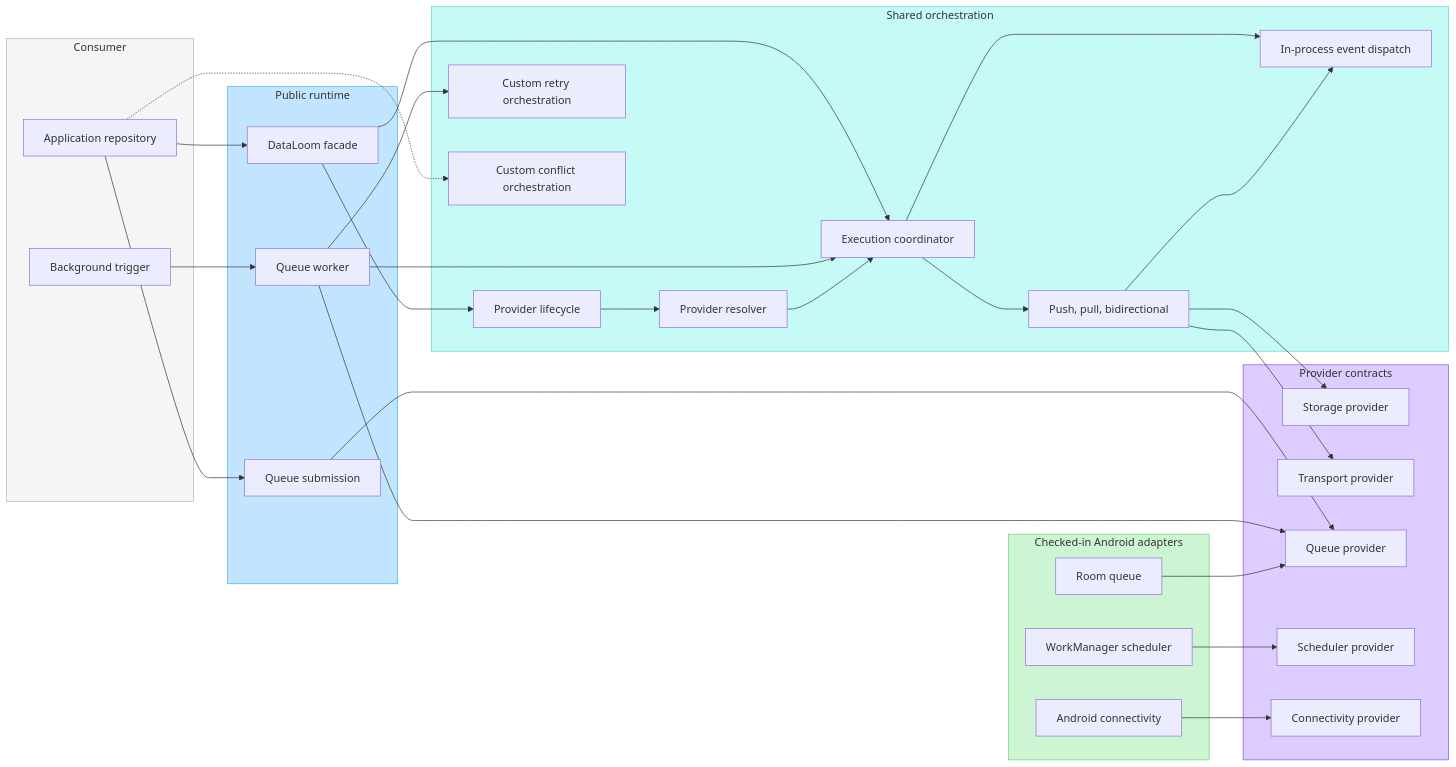
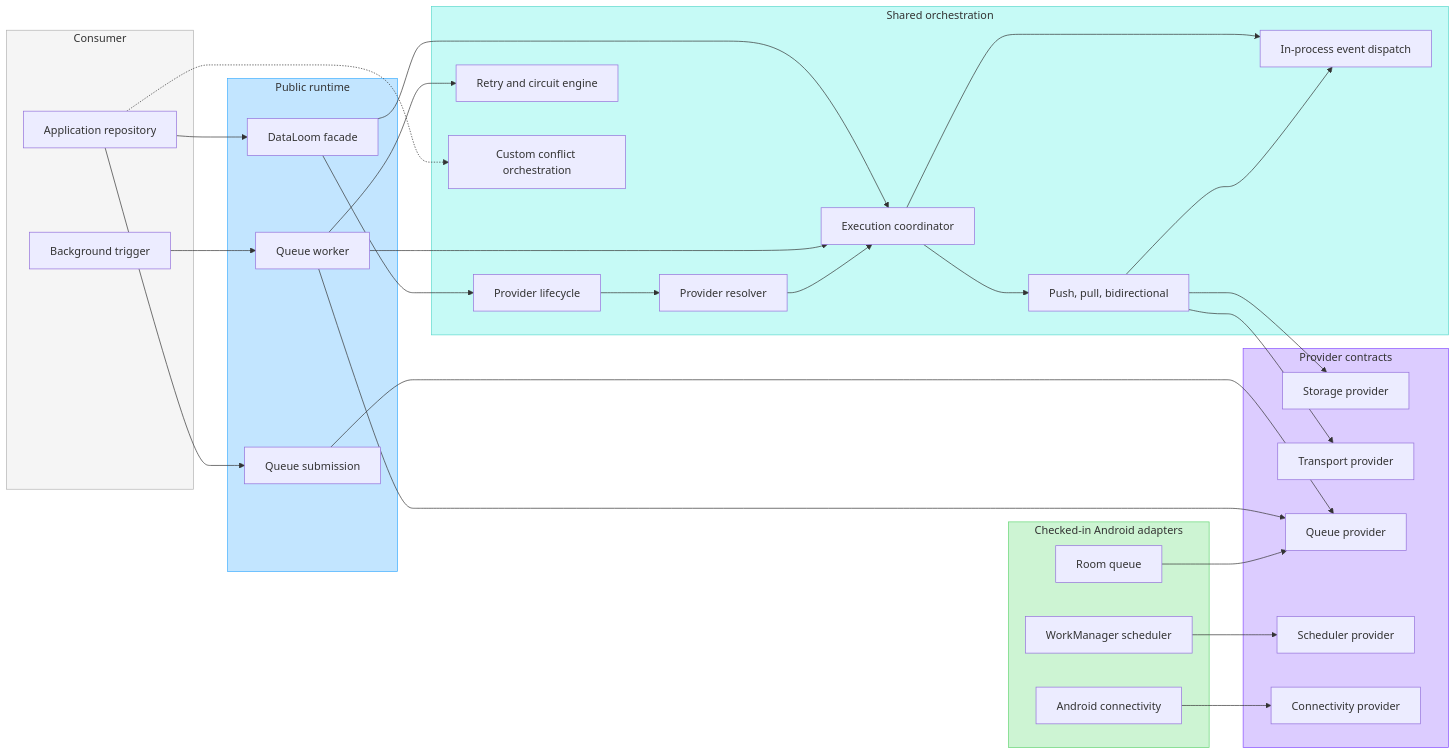
The second of 5 diagrams in docs/architecture/system-overview.md (dataloom-sdk/dataloom), drawn with Mermaid before and after one commit. The commit also changed other lines of this file and 38 other files, not shown here.

````diff
--- a/docs/architecture/system-overview.md
+++ b/docs/architecture/system-overview.md
@@ -71,64 +71,64 @@
 ```mermaid
 flowchart LR
     subgraph consumer ["Consumer"]
         application[Application repository]
         background[Background trigger]
     end
 
     subgraph facade ["Public runtime"]
         dataLoom[DataLoom facade]
         submission[Queue submission]
         queueWorker[Queue worker]
     end
 
     subgraph runtime ["Shared orchestration"]
         lifecycle[Provider lifecycle]
         resolver[Provider resolver]
         coordinator[Execution coordinator]
         pipelines[Push, pull, bidirectional]
-        retry[Custom retry orchestration]
+        retry[Retry and circuit engine]
         conflict[Custom conflict orchestration]
         events[In-process event dispatch]
     end
 
     subgraph providers ["Provider contracts"]
         storage[Storage provider]
         transport[Transport provider]
         queue[Queue provider]
         scheduler[Scheduler provider]
         connectivity[Connectivity provider]
     end
 
     subgraph adapters ["Checked-in Android adapters"]
         room[Room queue]
         workManager[WorkManager scheduler]
         connectivityManager[Android connectivity]
     end
 
     application --> dataLoom
     application --> submission
     background --> queueWorker
     dataLoom --> lifecycle
     dataLoom --> coordinator
     submission --> queue
     queueWorker --> queue
     queueWorker --> coordinator
     lifecycle --> resolver
     resolver --> coordinator
     coordinator --> pipelines
     pipelines --> storage
     pipelines --> transport
     queueWorker --> retry
     application -.-> conflict
     coordinator --> events
     pipelines --> events
     room --> queue
     workManager --> scheduler
     connectivityManager --> connectivity
 
     style consumer fill:#F5F5F5,stroke:#B3B3B3
     style facade fill:#C2E5FF,stroke:#3DADFF
     style runtime fill:#C6FAF6,stroke:#5AD8CC
     style providers fill:#DCCCFF,stroke:#874FFF
     style adapters fill:#CDF4D3,stroke:#66D575
 ```
````
